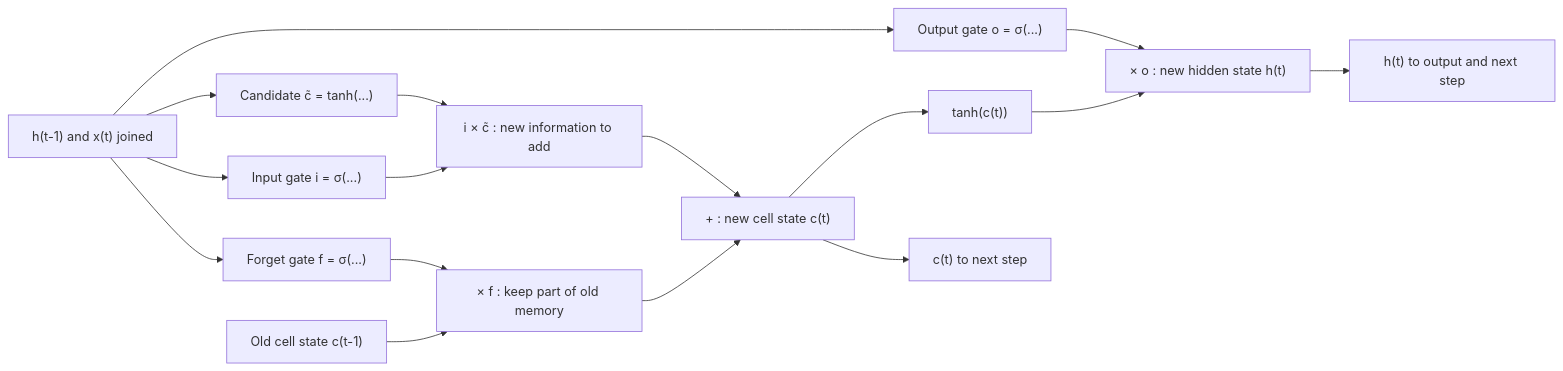
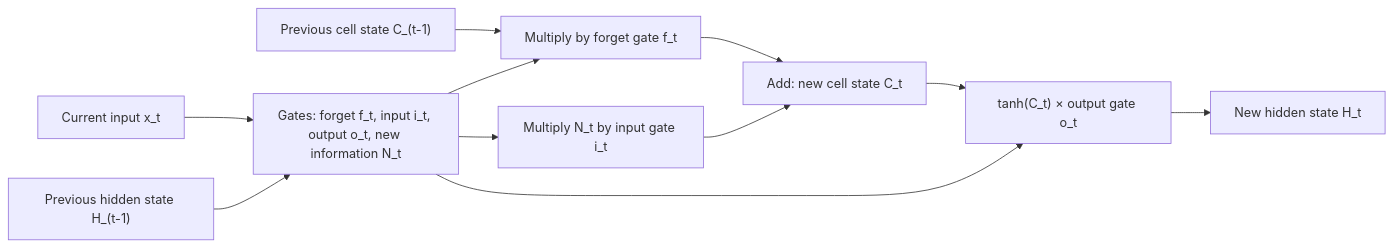
One commit to TrendySloth1001/sem-seven-notes changed the second of 4 diagrams in content/deep-learning/notes/lstm-gru.mdx. Above: the diagram before and after it, drawn with Mermaid. The commit also changed other lines of this file and 186 other files, not shown here.

````diff
--- a/content/deep-learning/notes/lstm-gru.mdx
+++ b/content/deep-learning/notes/lstm-gru.mdx
@@ -112,19 +147,14 @@
 ```mermaid
-%% caption: One LSTM cell at time t. The path old cell state, × f, +, new cell state is the cell state, the long-term memory: it is only multiplied by the forget gate and added to, never squashed. The three gates are sigmoid dials between 0 and 1.
+%% caption: One LSTM time step. The previous cell state is cut down by the forget gate, the input gate adds new information, and the output gate decides what goes out as the hidden state.
 flowchart LR
-  IN["h(t-1) and x(t) joined"] --> F["Forget gate f = σ(...)"]
-  IN --> I["Input gate i = σ(...)"]
-  IN --> CC["Candidate c̃ = tanh(...)"]
-  IN --> O["Output gate o = σ(...)"]
-  C0["Old cell state c(t-1)"] --> M1["× f : keep part of old memory"]
-  F --> M1
-  I --> M2["i × c̃ : new information to add"]
-  CC --> M2
-  M1 --> ADD["+ : new cell state c(t)"]
-  M2 --> ADD
-  ADD --> T["tanh(c(t))"]
-  T --> M3["× o : new hidden state h(t)"]
-  O --> M3
-  ADD --> CN["c(t) to next step"]
-  M3 --> HN["h(t) to output and next step"]
+  A["Current input x_t"] --> G["Gates: forget f_t, input i_t, output o_t, new information N_t"]
+  B["Previous hidden state H_(t-1)"] --> G
+  C["Previous cell state C_(t-1)"] --> F["Multiply by forget gate f_t"]
+  G --> F
+  G --> I["Multiply N_t by input gate i_t"]
+  F --> S["Add: new cell state C_t"]
+  I --> S
+  S --> O["tanh(C_t) × output gate o_t"]
+  G --> O
+  O --> H["New hidden state H_t"]
 ```
````
